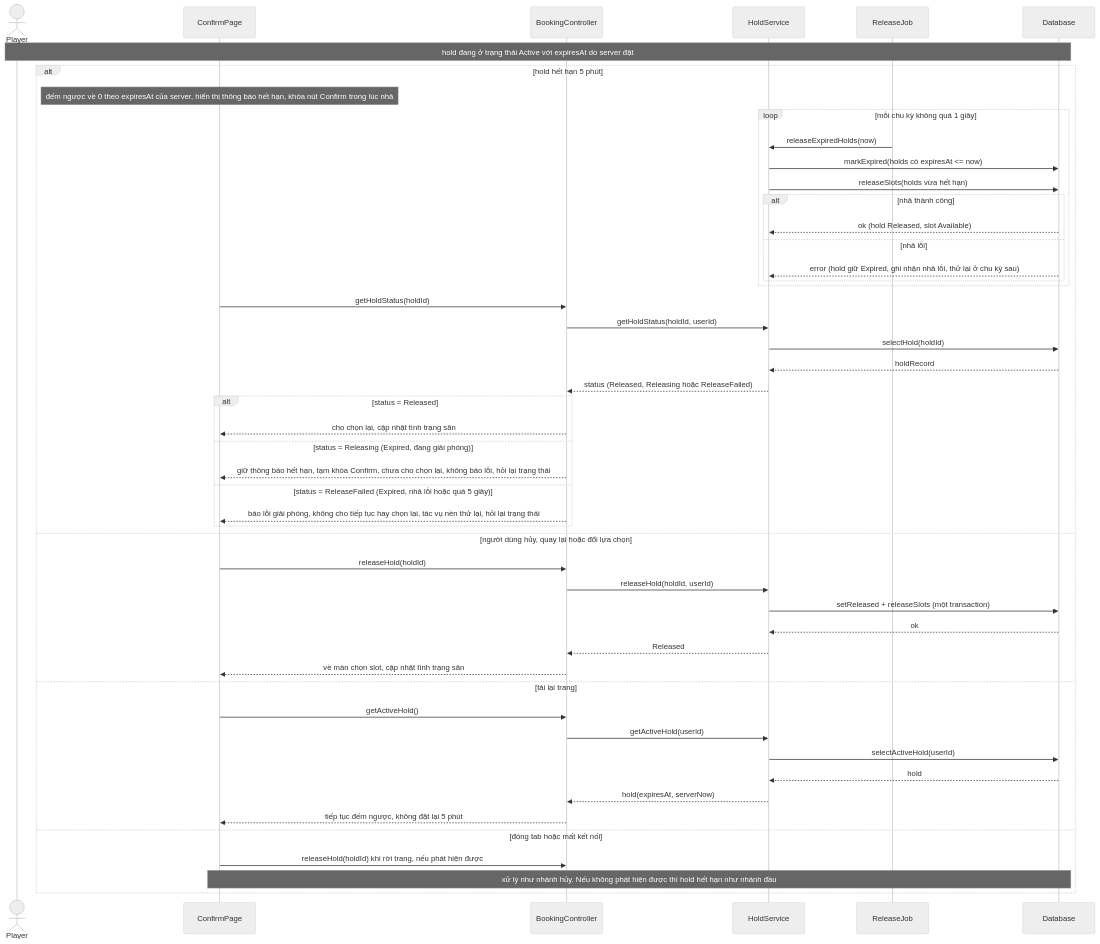
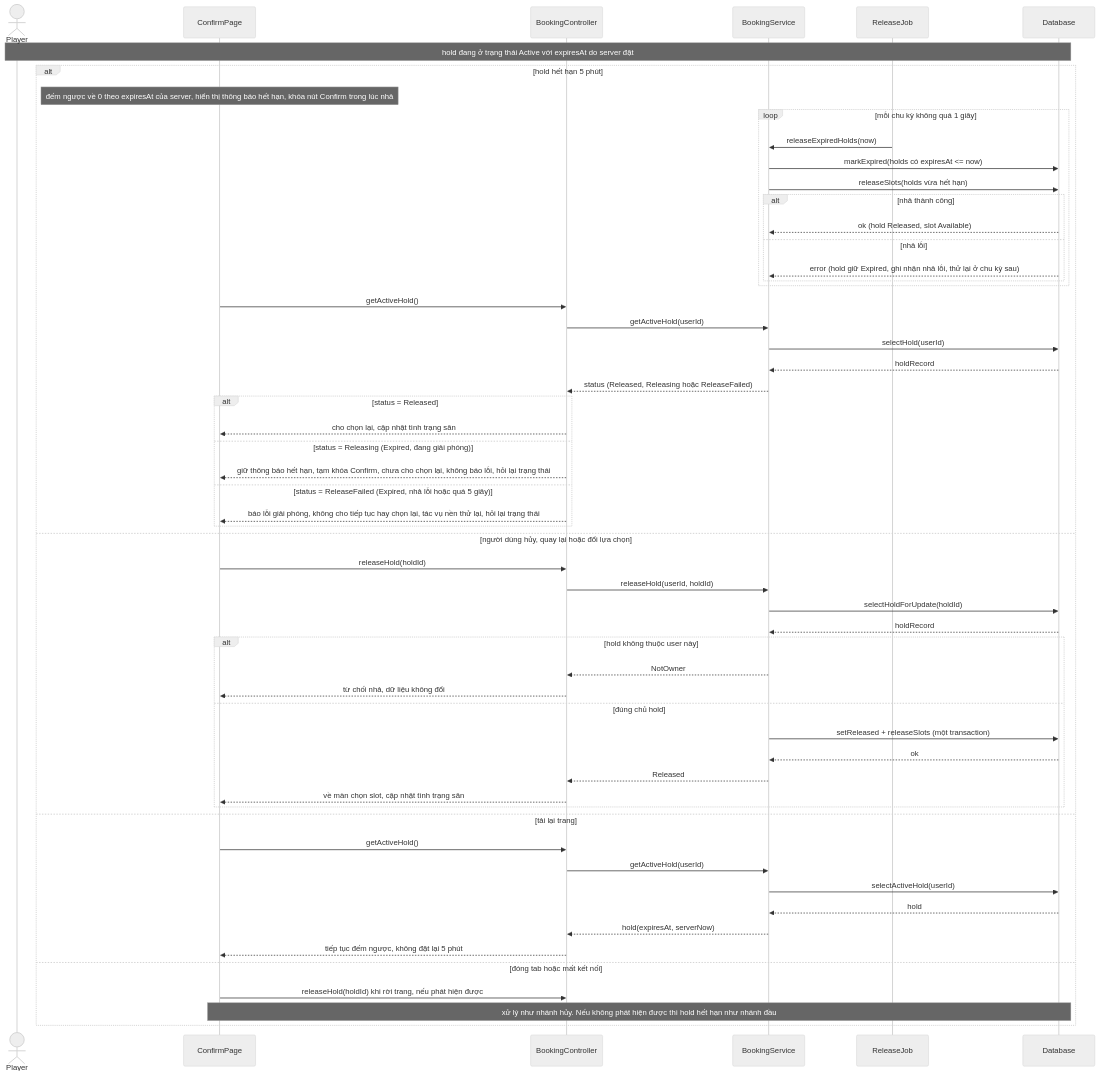
One commit to buikhoa130406/se-project-t04 changed the third of 6 diagrams in docs/design/sequences/sequence-diagrams.md. Above: the diagram before and after it, drawn with Mermaid (neutral theme). The commit also changed other lines of this file and 5 other files, not shown here.

````diff
--- a/docs/design/sequences/sequence-diagrams.md
+++ b/docs/design/sequences/sequence-diagrams.md
@@ -142,60 +139,68 @@
 ```mermaid
 sequenceDiagram
     actor Player
     participant ConfirmPage
     participant BookingController
-    participant HoldService
+    participant BookingService
     participant ReleaseJob
     participant Database
 
     Note over Player,Database: hold đang ở trạng thái Active với expiresAt do server đặt
 
     alt hold hết hạn 5 phút
         Note over ConfirmPage: đếm ngược về 0 theo expiresAt của server, hiển thị thông báo hết hạn, khóa nút Confirm trong lúc nhả
         loop mỗi chu kỳ không quá 1 giây
-            ReleaseJob->>HoldService: releaseExpiredHolds(now)
-            HoldService->>Database: markExpired(holds có expiresAt <= now)
-            HoldService->>Database: releaseSlots(holds vừa hết hạn)
+            ReleaseJob->>BookingService: releaseExpiredHolds(now)
+            BookingService->>Database: markExpired(holds có expiresAt <= now)
+            BookingService->>Database: releaseSlots(holds vừa hết hạn)
 
             alt nhả thành công
-                Database-->>HoldService: ok (hold Released, slot Available)
+                Database-->>BookingService: ok (hold Released, slot Available)
             else nhả lỗi
-                Database-->>HoldService: error (hold giữ Expired, ghi nhận nhả lỗi, thử lại ở chu kỳ sau)
+                Database-->>BookingService: error (hold giữ Expired, ghi nhận nhả lỗi, thử lại ở chu kỳ sau)
             end
         end
 
-        ConfirmPage->>BookingController: getHoldStatus(holdId)
-        BookingController->>HoldService: getHoldStatus(holdId, userId)
-        HoldService->>Database: selectHold(holdId)
-        Database-->>HoldService: holdRecord
-        HoldService-->>BookingController: status (Released, Releasing hoặc ReleaseFailed)
+        ConfirmPage->>BookingController: getActiveHold()
+        BookingController->>BookingService: getActiveHold(userId)
+        BookingService->>Database: selectHold(userId)
+        Database-->>BookingService: holdRecord
+        BookingService-->>BookingController: status (Released, Releasing hoặc ReleaseFailed)
 
         alt status = Released
             BookingController-->>ConfirmPage: cho chọn lại, cập nhật tình trạng sân
         else status = Releasing (Expired, đang giải phóng)
             BookingController-->>ConfirmPage: giữ thông báo hết hạn, tạm khóa Confirm, chưa cho chọn lại, không báo lỗi, hỏi lại trạng thái
         else status = ReleaseFailed (Expired, nhả lỗi hoặc quá 5 giây)
             BookingController-->>ConfirmPage: báo lỗi giải phóng, không cho tiếp tục hay chọn lại, tác vụ nền thử lại, hỏi lại trạng thái
         end
 
     else người dùng hủy, quay lại hoặc đổi lựa chọn
         ConfirmPage->>BookingController: releaseHold(holdId)
-        BookingController->>HoldService: releaseHold(holdId, userId)
-        HoldService->>Database: setReleased + releaseSlots (một transaction)
-        Database-->>HoldService: ok
-        HoldService-->>BookingController: Released
-        BookingController-->>ConfirmPage: về màn chọn slot, cập nhật tình trạng sân
+        BookingController->>BookingService: releaseHold(userId, holdId)
+        BookingService->>Database: selectHoldForUpdate(holdId)
+        Database-->>BookingService: holdRecord
+
+        alt hold không thuộc user này
+            BookingService-->>BookingController: NotOwner
+            BookingController-->>ConfirmPage: từ chối nhả, dữ liệu không đổi
+        else đúng chủ hold
+            BookingService->>Database: setReleased + releaseSlots (một transaction)
+            Database-->>BookingService: ok
+            BookingService-->>BookingController: Released
+            BookingController-->>ConfirmPage: về màn chọn slot, cập nhật tình trạng sân
+        end
 
     else tải lại trang
         ConfirmPage->>BookingController: getActiveHold()
-        BookingController->>HoldService: getActiveHold(userId)
-        HoldService->>Database: selectActiveHold(userId)
-        Database-->>HoldService: hold
-        HoldService-->>BookingController: hold(expiresAt, serverNow)
+        BookingController->>BookingService: getActiveHold(userId)
+        BookingService->>Database: selectActiveHold(userId)
+        Database-->>BookingService: hold
+        BookingService-->>BookingController: hold(expiresAt, serverNow)
         BookingController-->>ConfirmPage: tiếp tục đếm ngược, không đặt lại 5 phút
 
     else đóng tab hoặc mất kết nối
         ConfirmPage->>BookingController: releaseHold(holdId) khi rời trang, nếu phát hiện được
         Note over ConfirmPage,Database: xử lý như nhánh hủy. Nếu không phát hiện được thì hold hết hạn như nhánh đầu
     end
 ```
````
